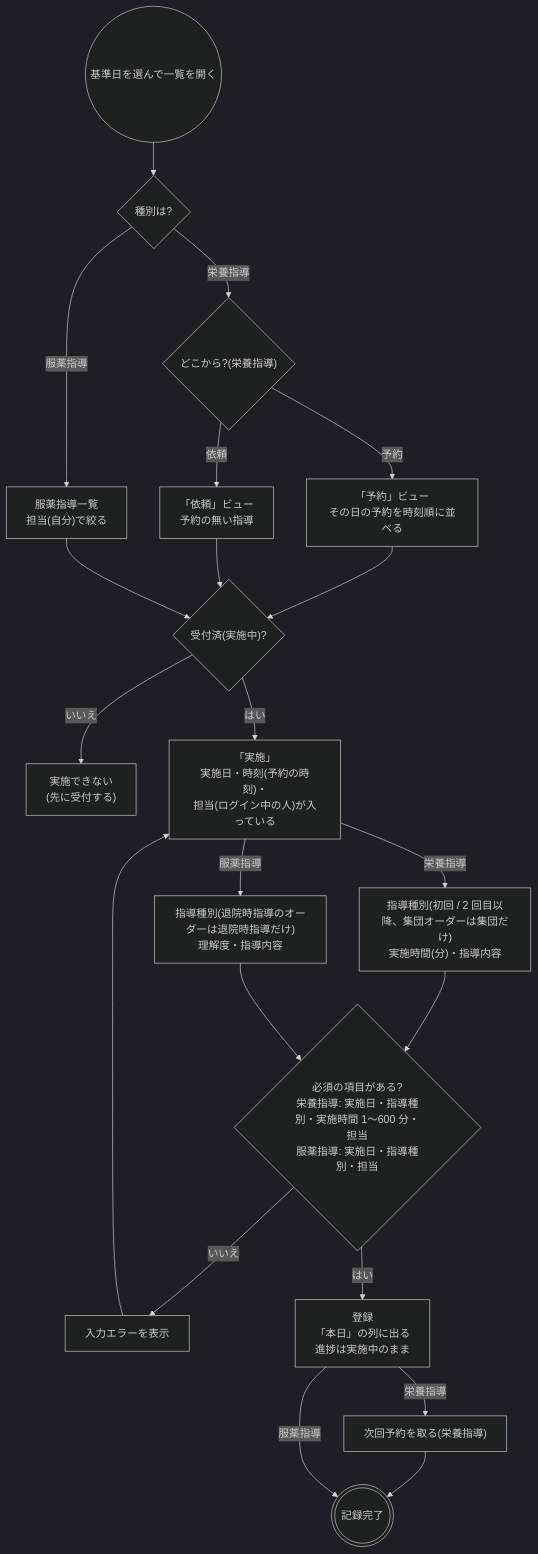
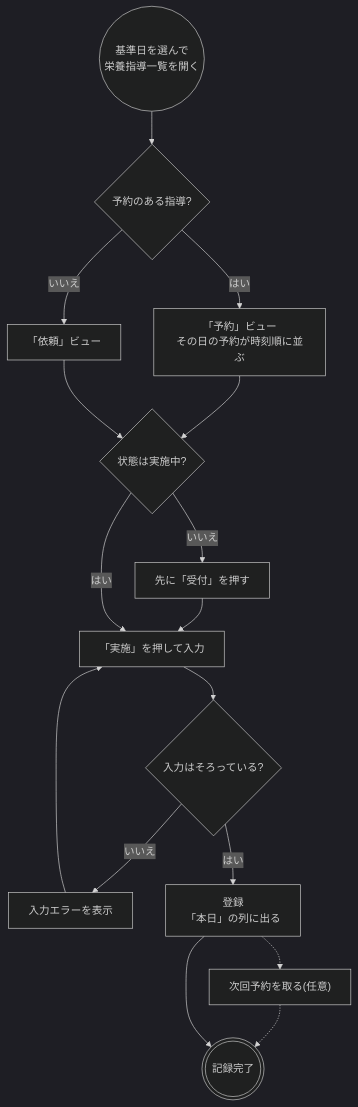
One commit to ysnr-dev/fhir-client-docs changed the fourth of 6 diagrams in docs/flows/guidance.md. Above: the diagram before and after it, drawn with Mermaid (dark theme). The commit also changed other lines of this file and 43 other files, not shown here.

Commit message:
docs: 業務フローとシーケンス図を写し直し

````diff
--- a/docs/flows/guidance.md
+++ b/docs/flows/guidance.md
@@ -170,34 +203,26 @@
 ```mermaid
 flowchart TD
-  open(("基準日を選んで一覧を開く"))
-  kind{"種別は?"}
-  view{"どこから?(栄養指導)"}
-  appt["「予約」ビュー<br/>その日の予約を時刻順に並べる"]
-  orders["「依頼」ビュー<br/>予約の無い指導"]
-  mg["服薬指導一覧<br/>担当(自分)で絞る"]
-  accepted{"受付済(実施中)?"}
-  wait["実施できない<br/>(先に受付する)"]
-  perform["「実施」<br/>実施日・時刻(予約の時刻)・<br/>担当(ログイン中の人)が入っている"]
-  ng_input["指導種別(初回 / 2 回目以降、集団オーダーは集団だけ)<br/>実施時間(分)・指導内容"]
-  mg_input["指導種別(退院時指導のオーダーは退院時指導だけ)<br/>理解度・指導内容"]
-  check{"必須の項目がある?<br/>栄養指導: 実施日・指導種別・実施時間 1〜600 分・担当<br/>服薬指導: 実施日・指導種別・担当"}
+  open(("基準日を選んで<br/>栄養指導一覧を開く"))
+  view{"予約のある指導?"}
+  appt["「予約」ビュー<br/>その日の予約が時刻順に並ぶ"]
+  orders["「依頼」ビュー"]
+  accepted{"状態は実施中?"}
+  wait["先に「受付」を押す"]
+  perform["「実施」を押して入力"]
+  check{"入力はそろっている?"}
   error["入力エラーを表示"]
-  save["登録<br/>「本日」の列に出る<br/>進捗は実施中のまま"]
-  next["次回予約を取る(栄養指導)"]
+  save["登録<br/>「本日」の列に出る"]
+  next["次回予約を取る(任意)"]
   done((("記録完了")))
 
-  open --> kind
-  kind -- "栄養指導" --> view
-  view -- "予約" --> appt --> accepted
-  view -- "依頼" --> orders --> accepted
-  kind -- "服薬指導" --> mg --> accepted
-  accepted -- "いいえ" --> wait
+  open --> view
+  view -- "はい" --> appt --> accepted
+  view -- "いいえ" --> orders --> accepted
+  accepted -- "いいえ" --> wait --> perform
   accepted -- "はい" --> perform
-  perform -- "栄養指導" --> ng_input --> check
-  perform -- "服薬指導" --> mg_input --> check
-  check -- "いいえ" --> error
-  error --> perform
+  perform --> check
+  check -- "いいえ" --> error --> perform
   check -- "はい" --> save
-  save -- "栄養指導" --> next --> done
-  save -- "服薬指導" --> done
+  save -.-> next -.-> done
+  save --> done
 ```
````
